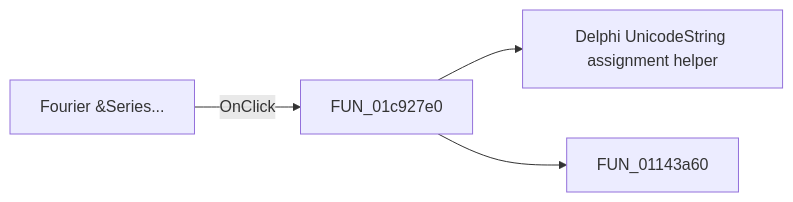
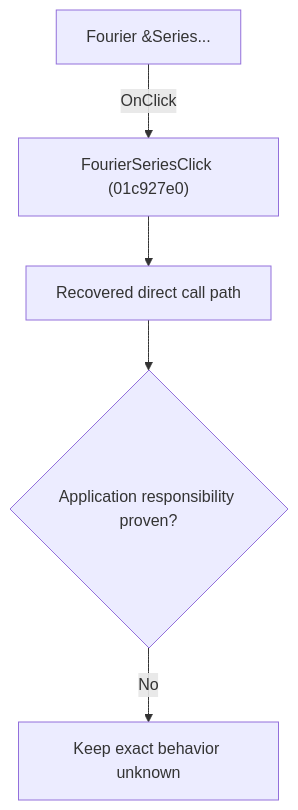
Before and after one commit to MovGP0/TIARA: the diagram in docs/ui-controls/schematiceditor/fourierseries-4e45846760.md, drawn with Mermaid. The commit also changed other lines of this file and 1062 other files, not shown here.

````diff
--- a/docs/ui-controls/schematiceditor/fourierseries-4e45846760.md
+++ b/docs/ui-controls/schematiceditor/fourierseries-4e45846760.md
@@ -27,6 +27,7 @@
 ```mermaid
-flowchart LR
-    control["Fourier &Series..."] -->|OnClick| handler["FUN_01c927e0"]
-    handler --> call1["Delphi UnicodeString assignment helper"]
-    handler --> call2["FUN_01143a60"]
+flowchart TD
+    control["Fourier &Series..."] -->|"OnClick"| handler["FourierSeriesClick (01c927e0)"]
+    handler --> recovered["Recovered direct call path"]
+    recovered --> gap{"Application responsibility proven?"}
+    gap -->|"No"| blocked["Keep exact behavior unknown"]
 ```
````
